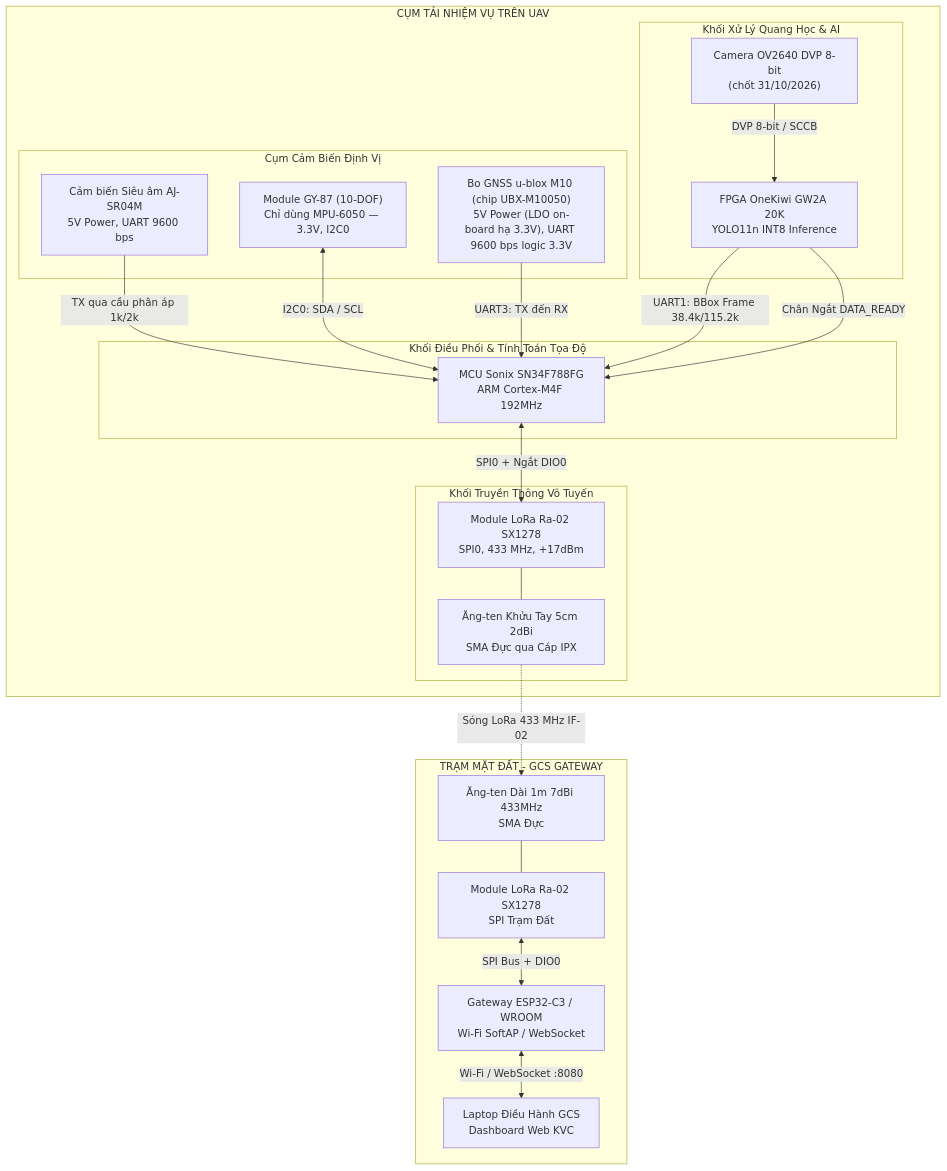
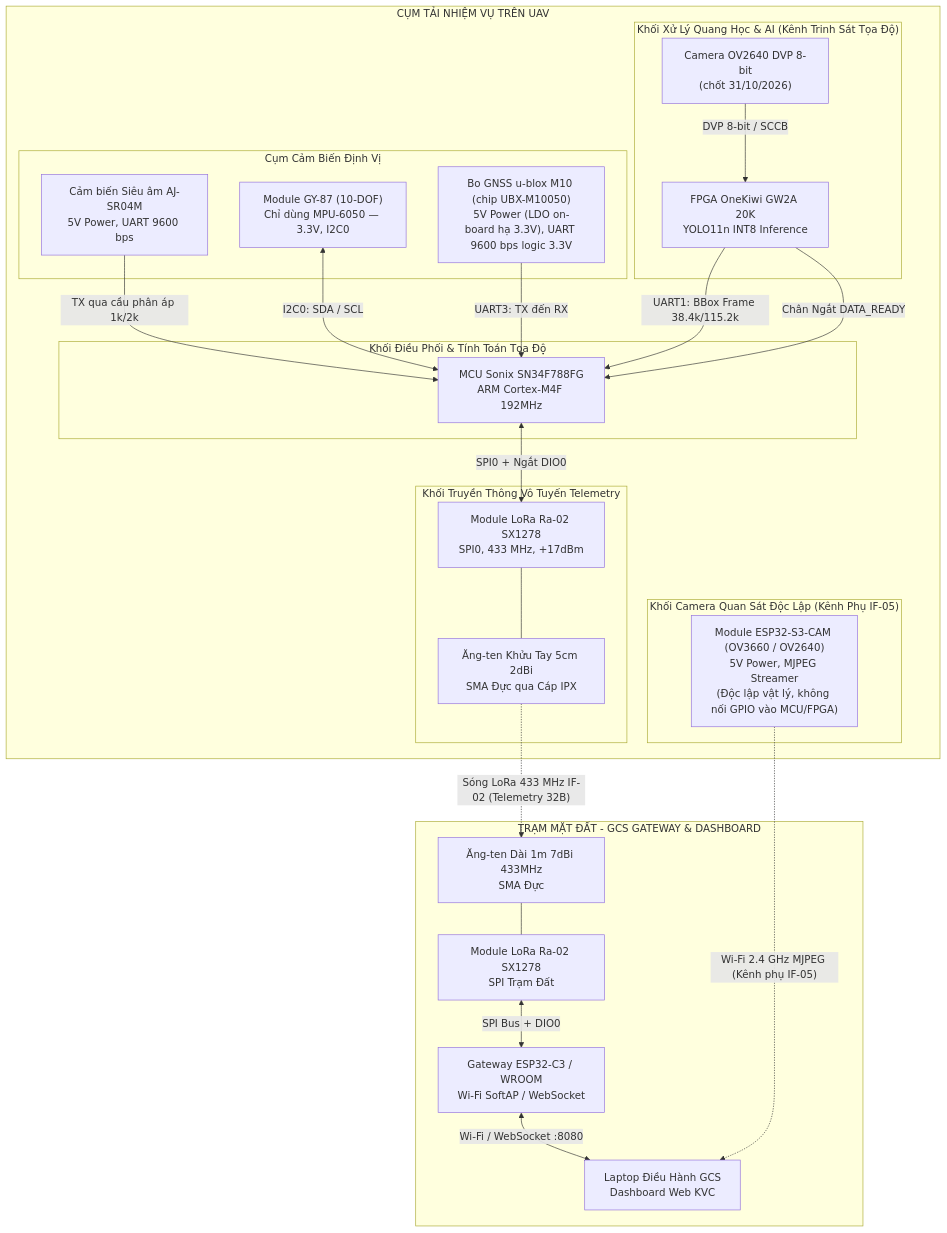
Before and after one commit to duyphong375/uav_payload: the diagram in docs/hardware/wiring/KVC_MASTER_PINOUT_WIRING.md, drawn with Mermaid. The commit also changed other lines of this file and 50 other files, not shown here.

Commit message:
docs: bo Replay khoi UI, bo sung IF-05 ESP32-S3-CAM, dong bo trang thai ky thuat

````diff
--- a/docs/hardware/wiring/KVC_MASTER_PINOUT_WIRING.md
+++ b/docs/hardware/wiring/KVC_MASTER_PINOUT_WIRING.md
@@ -18,39 +20,44 @@
 ```mermaid
 flowchart TD
     subgraph TAI_UAV ["CỤM TẢI NHIỆM VỤ TRÊN UAV"]
         subgraph SENSORS ["Cụm Cảm Biến Định Vị"]
             US["Cảm biến Siêu âm AJ-SR04M<br/>5V Power, UART 9600 bps"]
             GY87["Module GY-87 (10-DOF)<br/>Chỉ dùng MPU-6050 — 3.3V, I2C0"]
             GNSS["Bo GNSS u-blox M10 (chip UBX-M10050)<br/>5V Power (LDO on-board hạ 3.3V), UART 9600 bps logic 3.3V"]
         end
 
-        subgraph AI_BLOCK ["Khối Xử Lý Quang Học & AI"]
+        subgraph AI_BLOCK ["Khối Xử Lý Quang Học & AI (Kênh Trinh Sát Tọa Độ)"]
             CAM["Camera OV2640 DVP 8-bit<br/>(chốt 31/10/2026)"] -->|"DVP 8-bit / SCCB"| FPGA["FPGA OneKiwi GW2A 20K<br/>YOLO11n INT8 Inference"]
+        end
+
+        subgraph CAM_SEC ["Khối Camera Quan Sát Độc Lập (Kênh Phụ IF-05)"]
+            S3CAM["Module ESP32-S3-CAM (OV3660 / OV2640)<br/>5V Power, MJPEG Streamer<br/>(Độc lập vật lý, không nối GPIO vào MCU/FPGA)"]
         end
 
         subgraph MCU_CORE ["Khối Điều Phối & Tính Toán Tọa Độ"]
             SONIX["MCU Sonix SN34F788FG<br/>ARM Cortex-M4F 192MHz"]
         end
 
-        subgraph RF_UAV ["Khối Truyền Thông Vô Tuyến"]
+        subgraph RF_UAV ["Khối Truyền Thông Vô Tuyến Telemetry"]
             LORA_TX["Module LoRa Ra-02 SX1278<br/>SPI0, 433 MHz, +17dBm"]
             ANT_UAV["Ăng-ten Khửu Tay 5cm 2dBi<br/>SMA Đực qua Cáp IPX"]
             LORA_TX --- ANT_UAV
         end
 
         US -->|"TX qua cầu phân áp 1k/2k"| SONIX
         GY87 <-->|"I2C0: SDA / SCL"| SONIX
         GNSS -->|"UART3: TX đến RX"| SONIX
         FPGA -->|"UART1: BBox Frame 38.4k/115.2k"| SONIX
         FPGA -->|"Chân Ngắt DATA_READY"| SONIX
         SONIX <-->|"SPI0 + Ngắt DIO0"| LORA_TX
     end
 
-    subgraph GROUND_STATION ["TRẠM MẶT ĐẤT - GCS GATEWAY"]
+    subgraph GROUND_STATION ["TRẠM MẶT ĐẤT - GCS GATEWAY & DASHBOARD"]
         ANT_GND["Ăng-ten Dài 1m 7dBi 433MHz<br/>SMA Đực"] --- LORA_RX["Module LoRa Ra-02 SX1278<br/>SPI Trạm Đất"]
         LORA_RX <-->|"SPI Bus + DIO0"| ESP32["Gateway ESP32-C3 / WROOM<br/>Wi-Fi SoftAP / WebSocket"]
         ESP32 <-->|"Wi-Fi / WebSocket :8080"| GCS_PC["Laptop Điều Hành GCS<br/>Dashboard Web KVC"]
     end
 
-    ANT_UAV -.->|"Sóng LoRa 433 MHz IF-02"| ANT_GND
+    ANT_UAV -.->|"Sóng LoRa 433 MHz IF-02 (Telemetry 32B)"| ANT_GND
+    S3CAM -.->|"Wi-Fi 2.4 GHz MJPEG (Kênh phụ IF-05)"| GCS_PC
 ```
````
